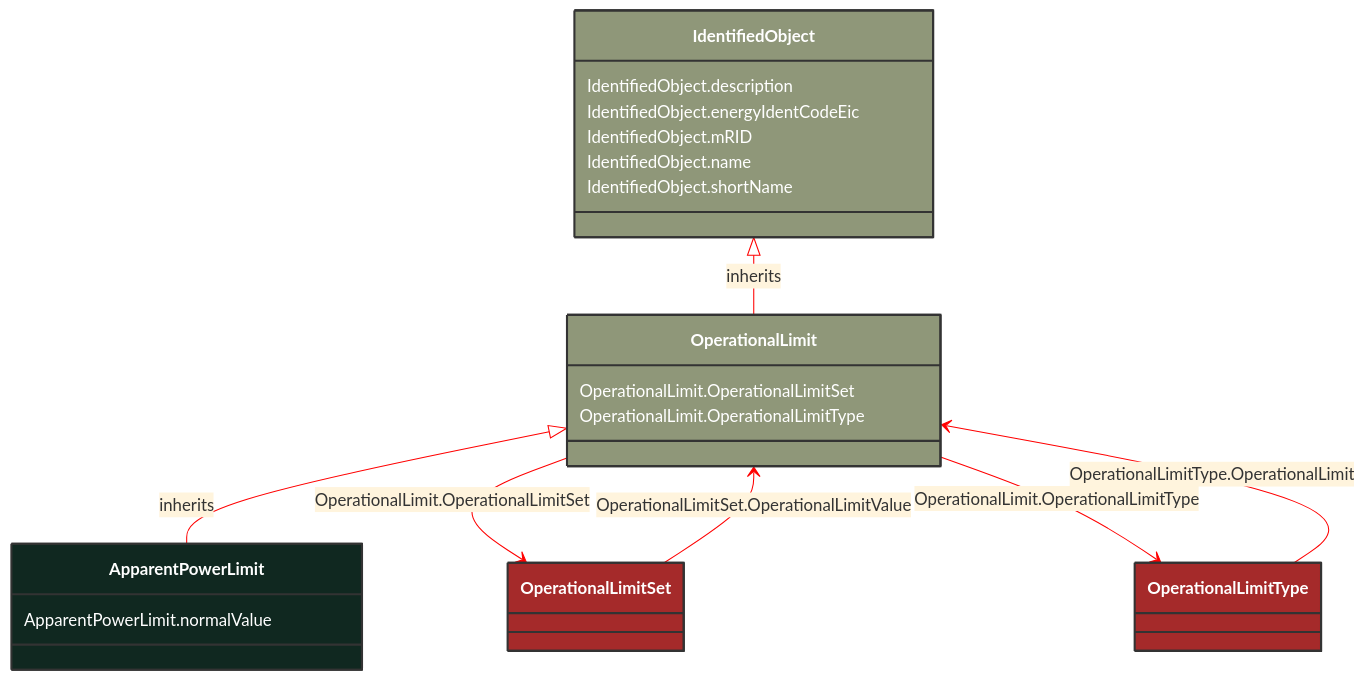
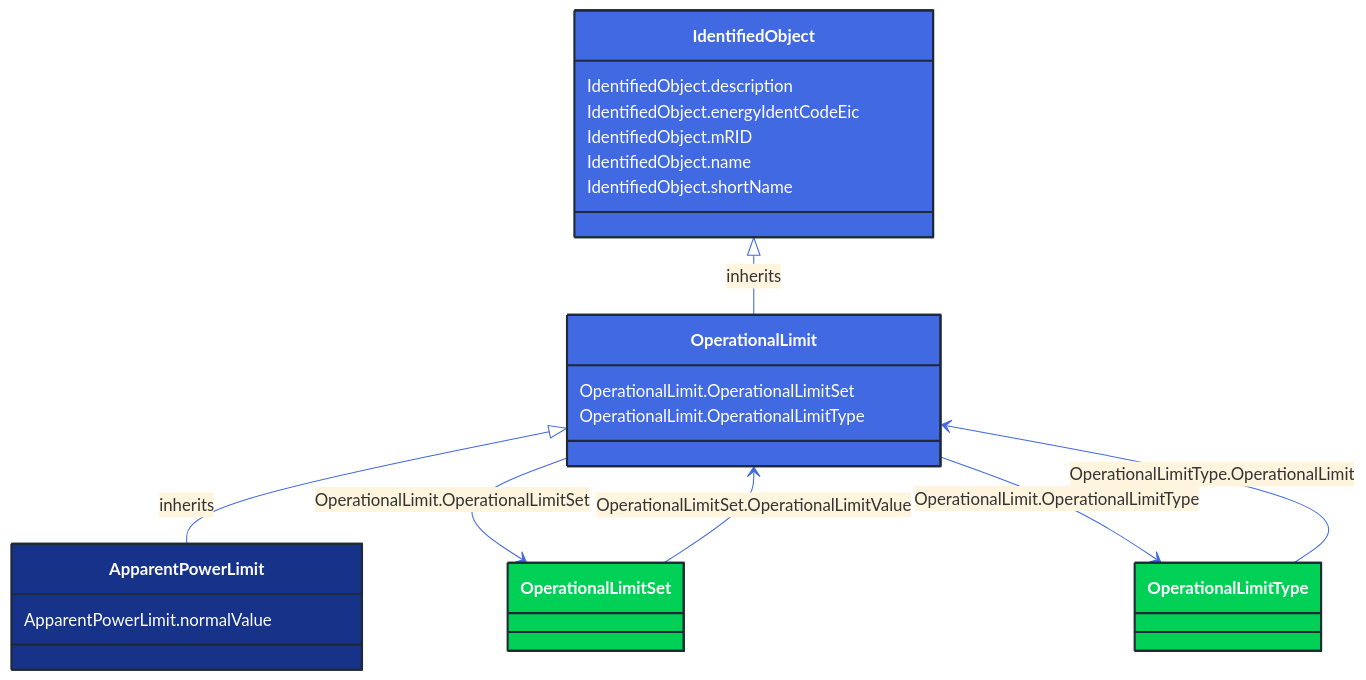
The diagram in docs/Models/Profiles/CoreEquipment/ConcreteClasses/ApparentPowerLimit.md (3lbits/NoCIMExtensions), drawn with Mermaid before and after one commit. The commit also changed 362 other files, not shown here.

First line of the commit message:
Update diagrams and styles for improved visual consistency

````diff
--- a/docs/Models/Profiles/CoreEquipment/ConcreteClasses/ApparentPowerLimit.md
+++ b/docs/Models/Profiles/CoreEquipment/ConcreteClasses/ApparentPowerLimit.md
@@ -8,48 +8,48 @@
 ```mermaid
-%%{init: {'theme':'base','themeVariables': {'lineColor': '#FF0000'}}}%%
+%%{init: {'theme':'base','themeVariables': {'lineColor': '#4169E1'}}}%%
 classDiagram
     class ApparentPowerLimit
     click ApparentPowerLimit href "/Models/Profiles/CoreEquipment/ConcreteClasses/ApparentPowerLimit/"
-    style ApparentPowerLimit fill:#102820,stroke:#333,stroke-width:2px,rx:10,ry:10,color:white
+    style ApparentPowerLimit fill:#163289,stroke:#1F2A37,stroke-width:2px,rx:10,ry:10,color:white
      
         OperationalLimit <|-- ApparentPowerLimit : inherits
             click OperationalLimit href "/Models/Profiles/CoreEquipment/AbstractClasses/OperationalLimit/"
-            style OperationalLimit fill:#8F9779,stroke:#333,stroke-width:2px,rx:10,ry:10,color:white
+            style OperationalLimit fill:#4169E1,stroke:#1F2A37,stroke-width:2px,rx:10,ry:10,color:white
      
         IdentifiedObject <|-- OperationalLimit : inherits
             click IdentifiedObject href "/Models/Profiles/CoreEquipment/AbstractClasses/IdentifiedObject/"
-            style IdentifiedObject fill:#8F9779,stroke:#333,stroke-width:2px,rx:10,ry:10,color:white
+            style IdentifiedObject fill:#4169E1,stroke:#1F2A37,stroke-width:2px,rx:10,ry:10,color:white
 
         OperationalLimit --> OperationalLimitSet : OperationalLimit.OperationalLimitSet
 
         OperationalLimitSet
             click OperationalLimitSet href "/Models/Profiles/CoreEquipment/ConcreteClasses/OperationalLimitSet/"
-            style OperationalLimitSet fill:#A52A2A,stroke:#333,stroke-width:2px,rx:10,ry:10,color:white
+            style OperationalLimitSet fill:#00D156,stroke:#1F2A37,stroke-width:2px,rx:10,ry:10,color:white
         OperationalLimit --> OperationalLimitType : OperationalLimit.OperationalLimitType
 
         OperationalLimitType
             click OperationalLimitType href "/Models/Profiles/CoreEquipment/ConcreteClasses/OperationalLimitType/"
-            style OperationalLimitType fill:#A52A2A,stroke:#333,stroke-width:2px,rx:10,ry:10,color:white
+            style OperationalLimitType fill:#00D156,stroke:#1F2A37,stroke-width:2px,rx:10,ry:10,color:white
 
         OperationalLimitSet --> OperationalLimit : OperationalLimitSet.OperationalLimitValue
 
         OperationalLimitSet
             click OperationalLimitSet href "/Models/Profiles/CoreEquipment/ConcreteClasses/OperationalLimitSet/"
-            style OperationalLimitSet fill:#A52A2A,stroke:#333,stroke-width:2px,rx:10,ry:10,color:white
+            style OperationalLimitSet fill:#00D156,stroke:#1F2A37,stroke-width:2px,rx:10,ry:10,color:white
 
         OperationalLimitType --> OperationalLimit : OperationalLimitType.OperationalLimit
 
         OperationalLimitType
             click OperationalLimitType href "/Models/Profiles/CoreEquipment/ConcreteClasses/OperationalLimitType/"
-            style OperationalLimitType fill:#A52A2A,stroke:#333,stroke-width:2px,rx:10,ry:10,color:white
+            style OperationalLimitType fill:#00D156,stroke:#1F2A37,stroke-width:2px,rx:10,ry:10,color:white
 
 
         ApparentPowerLimit : ApparentPowerLimit.normalValue
         OperationalLimit : OperationalLimit.OperationalLimitSet
         OperationalLimit : OperationalLimit.OperationalLimitType
         IdentifiedObject : IdentifiedObject.description
         IdentifiedObject : IdentifiedObject.energyIdentCodeEic
         IdentifiedObject : IdentifiedObject.mRID
         IdentifiedObject : IdentifiedObject.name
         IdentifiedObject : IdentifiedObject.shortName
 ```
````
